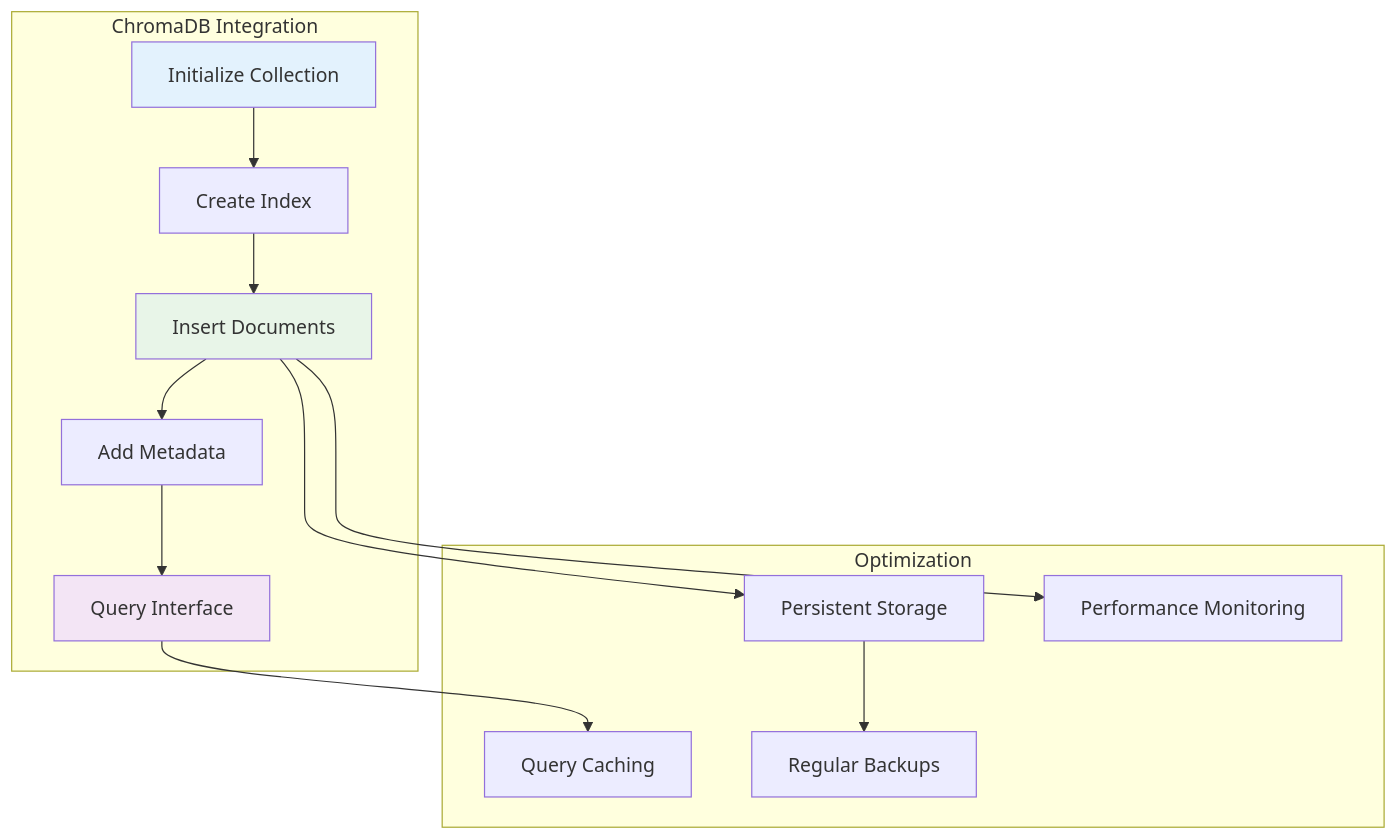
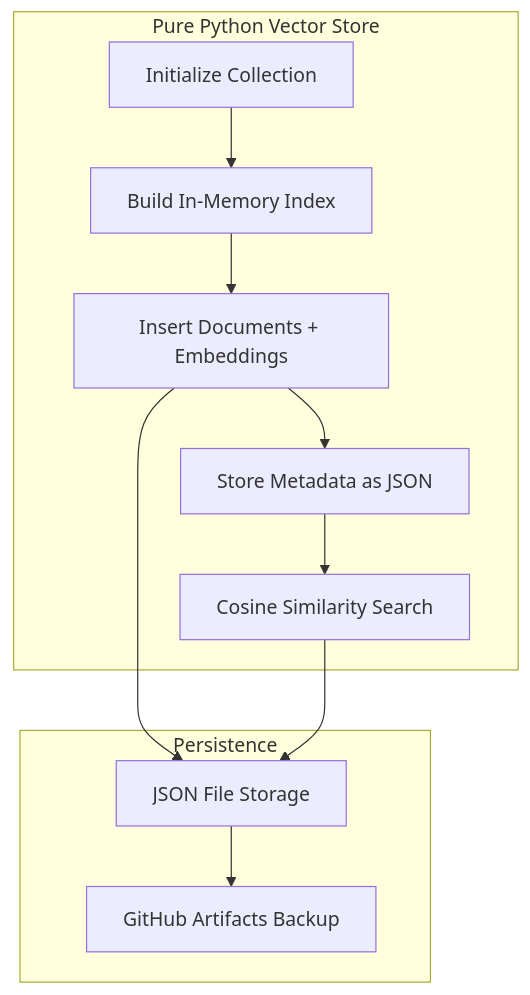
The sixth of 13 diagrams in doc/architecture.md (hey2308/Groww-RAG-chatbot), drawn with Mermaid before and after one commit. The commit also changed other lines of this file, not shown here.

Commit message:
Update architecture.md: reflect current tech stack (Groq, pure Python vector store, Next.js, Render)

````diff
--- a/doc/architecture.md
+++ b/doc/architecture.md
@@ -316,31 +279,24 @@
 ```mermaid
 flowchart TD
-    subgraph "ChromaDB Integration"
+    subgraph "Pure Python Vector Store"
         Init[Initialize Collection]
-        Index[Create Index]
-        Insert[Insert Documents]
-        Metadata[Add Metadata]
-        Query[Query Interface]
+        Index[Build In-Memory Index]
+        Insert[Insert Documents + Embeddings]
+        Metadata[Store Metadata as JSON]
+        Query[Cosine Similarity Search]
     end
     
-    subgraph "Optimization"
-        Persist[Persistent Storage]
-        Cache[Query Caching]
-        Monitor[Performance Monitoring]
-        Backup[Regular Backups]
+    subgraph "Persistence"
+        JSON[JSON File Storage]
+        Backup[GitHub Artifacts Backup]
     end
     
     Init --> Index
     Index --> Insert
     Insert --> Metadata
     Metadata --> Query
     
-    Insert --> Persist
-    Query --> Cache
-    Insert --> Monitor
-    Persist --> Backup
-    
-    style Init fill:#e3f2fd
-    style Insert fill:#e8f5e8
-    style Query fill:#f3e5f5
+    Insert --> JSON
+    Query --> JSON
+    JSON --> Backup
 ```
````
